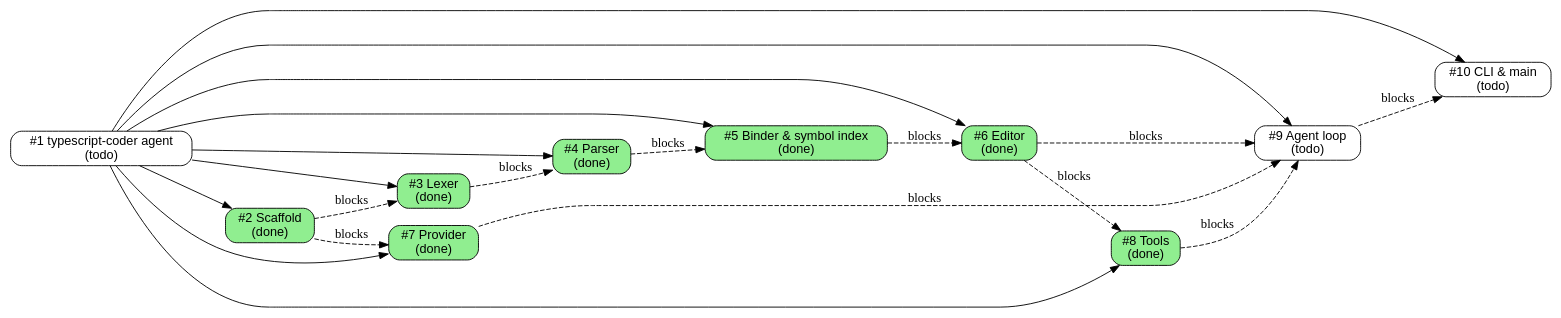
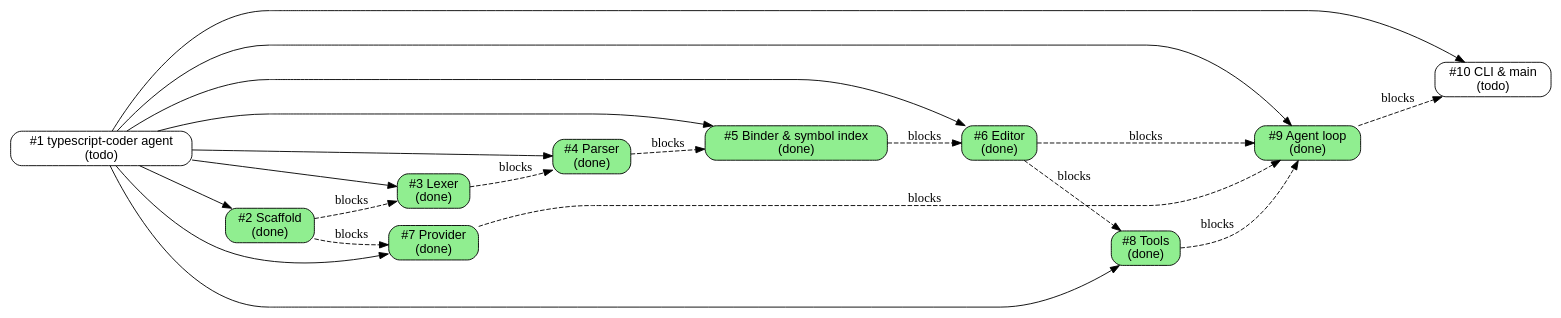
One commit to illusory0x0/typescript-coder changed the diagram in issues/todo.md. Above: the diagram before and after it, drawn with Graphviz. The commit also changed other lines of this file and 1 other file, not shown here.

Commit message:
Mark issue #9 done in tracker

````diff
--- a/issues/todo.md
+++ b/issues/todo.md
@@ -7,42 +7,42 @@
 ```dot
 digraph issues {
   rankdir=LR;
   node [shape=box, style="rounded,filled", fontname="Helvetica"];
 
   // status colors: todo=white, in-progress=lightyellow, review=lightblue,
   //                done=lightgreen, wontfix=lightgrey
   "1"  [label="#1 typescript-coder agent\n(todo)", fillcolor="white"];
   "2"  [label="#2 Scaffold\n(done)", fillcolor="lightgreen"];
   "3"  [label="#3 Lexer\n(done)", fillcolor="lightgreen"];
   "4"  [label="#4 Parser\n(done)", fillcolor="lightgreen"];
   "5"  [label="#5 Binder & symbol index\n(done)", fillcolor="lightgreen"];
   "6"  [label="#6 Editor\n(done)", fillcolor="lightgreen"];
   "7"  [label="#7 Provider\n(done)", fillcolor="lightgreen"];
   "8"  [label="#8 Tools\n(done)", fillcolor="lightgreen"];
-  "9"  [label="#9 Agent loop\n(todo)", fillcolor="white"];
+  "9"  [label="#9 Agent loop\n(done)", fillcolor="lightgreen"];
   "10" [label="#10 CLI & main\n(todo)", fillcolor="white"];
 
   // tree edges (parent -> child), solid
   "1" -> "2";
   "1" -> "3";
   "1" -> "4";
   "1" -> "5";
   "1" -> "6";
   "1" -> "7";
   "1" -> "8";
   "1" -> "9";
   "1" -> "10";
 
   // dependency edges (blocker -> blocked), dashed
   "2" -> "3" [style=dashed, label="blocks"];
   "3" -> "4" [style=dashed, label="blocks"];
   "4" -> "5" [style=dashed, label="blocks"];
   "5" -> "6" [style=dashed, label="blocks"];
   "2" -> "7" [style=dashed, label="blocks"];
   "6" -> "8" [style=dashed, label="blocks"];
   "6" -> "9" [style=dashed, label="blocks"];
   "7" -> "9" [style=dashed, label="blocks"];
   "8" -> "9" [style=dashed, label="blocks"];
   "9" -> "10" [style=dashed, label="blocks"];
 }
 ```
````
